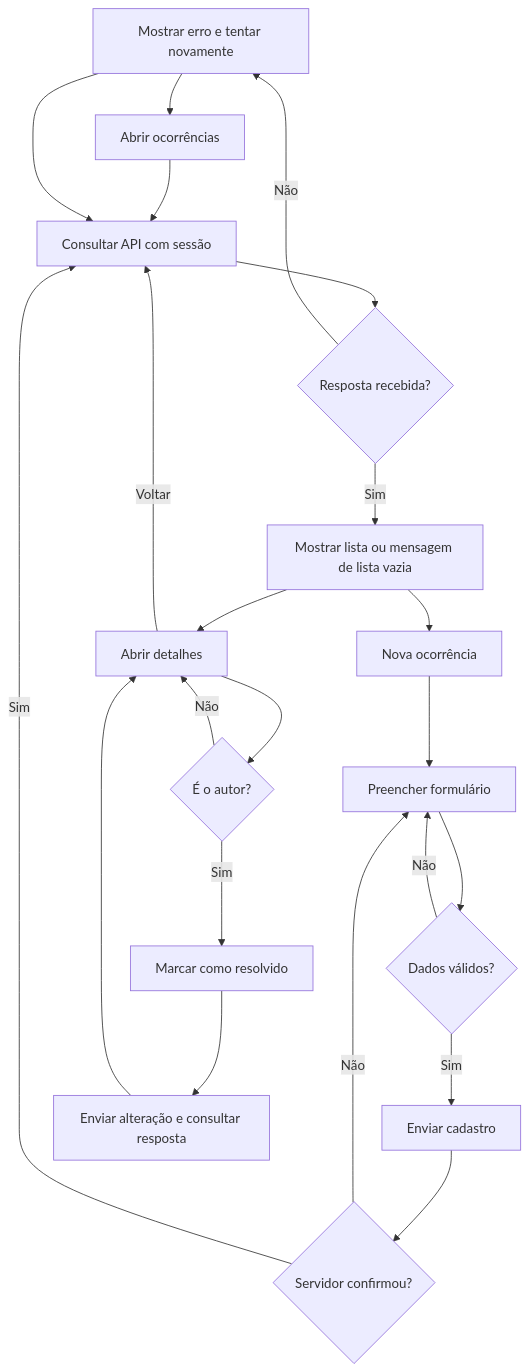
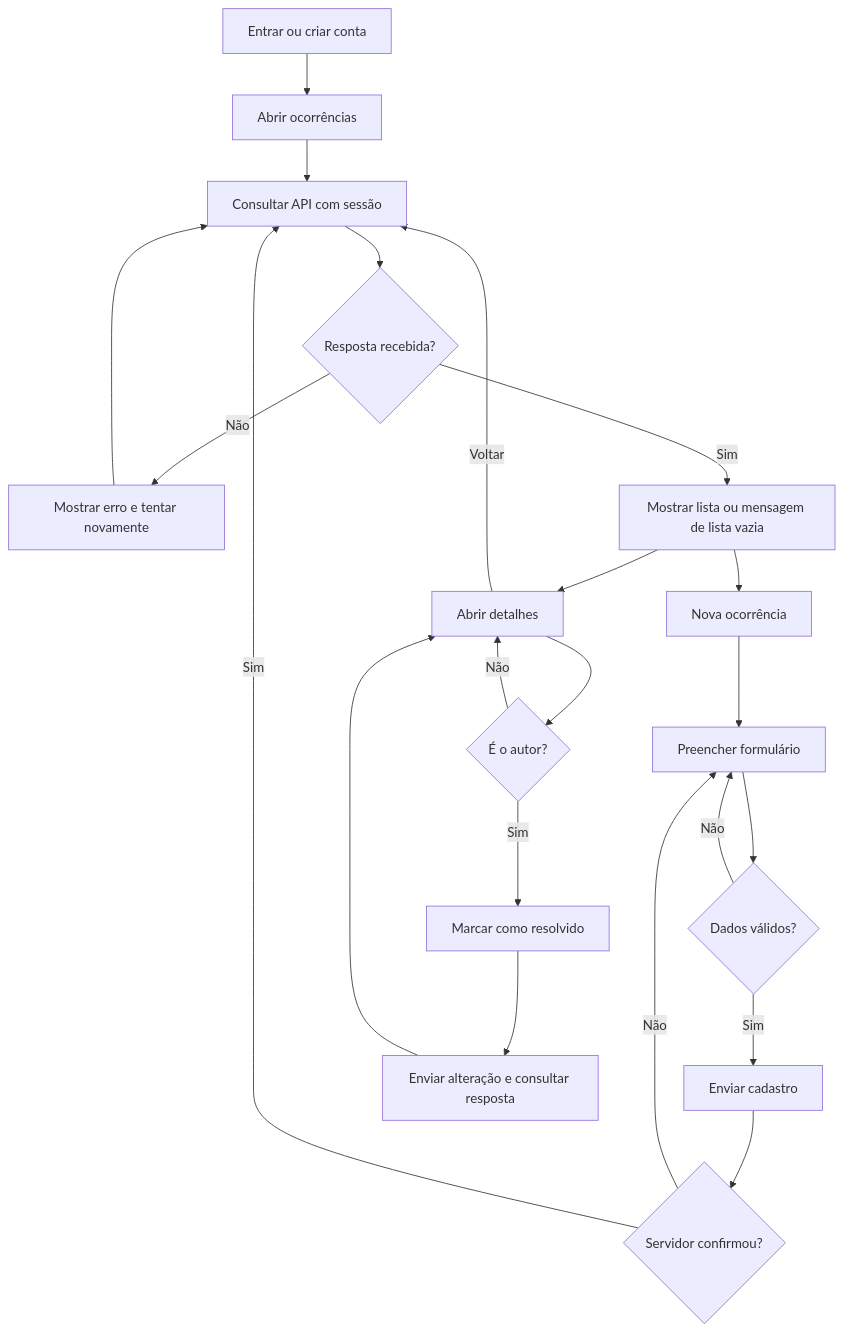
One commit to matheuslagares/APS_8 changed the fourth of 5 diagrams in documentacao/ARQUITETURA.md. Above: the diagram before and after it, drawn with Mermaid. The commit also changed other lines of this file and 33 other files, not shown here.

Commit message:
Organiza modelo preenchível da APS com UML, DER e orçamento de páginas

````diff
--- a/documentacao/ARQUITETURA.md
+++ b/documentacao/ARQUITETURA.md
@@ -117,24 +117,24 @@
 ```mermaid
 flowchart TD
     E[Entrar ou criar conta] --> A[Abrir ocorrências]
     A --> B[Consultar API com sessão]
     B --> C{Resposta recebida?}
-    C -->|Não| E[Mostrar erro e tentar novamente]
-    E --> B
+    C -->|Não| FALHA[Mostrar erro e tentar novamente]
+    FALHA --> B
     C -->|Sim| L[Mostrar lista ou mensagem de lista vazia]
     L --> N[Nova ocorrência]
     N --> F[Preencher formulário]
     F --> V{Dados válidos?}
     V -->|Não| F
     V -->|Sim| S[Enviar cadastro]
     S --> T{Servidor confirmou?}
     T -->|Não| F
     T -->|Sim| B
     L --> D[Abrir detalhes]
     D --> P{É o autor?}
     P -->|Sim| R[Marcar como resolvido]
     P -->|Não| D
     R --> U[Enviar alteração e consultar resposta]
     U --> D
     D -->|Voltar| B
 ```
````
